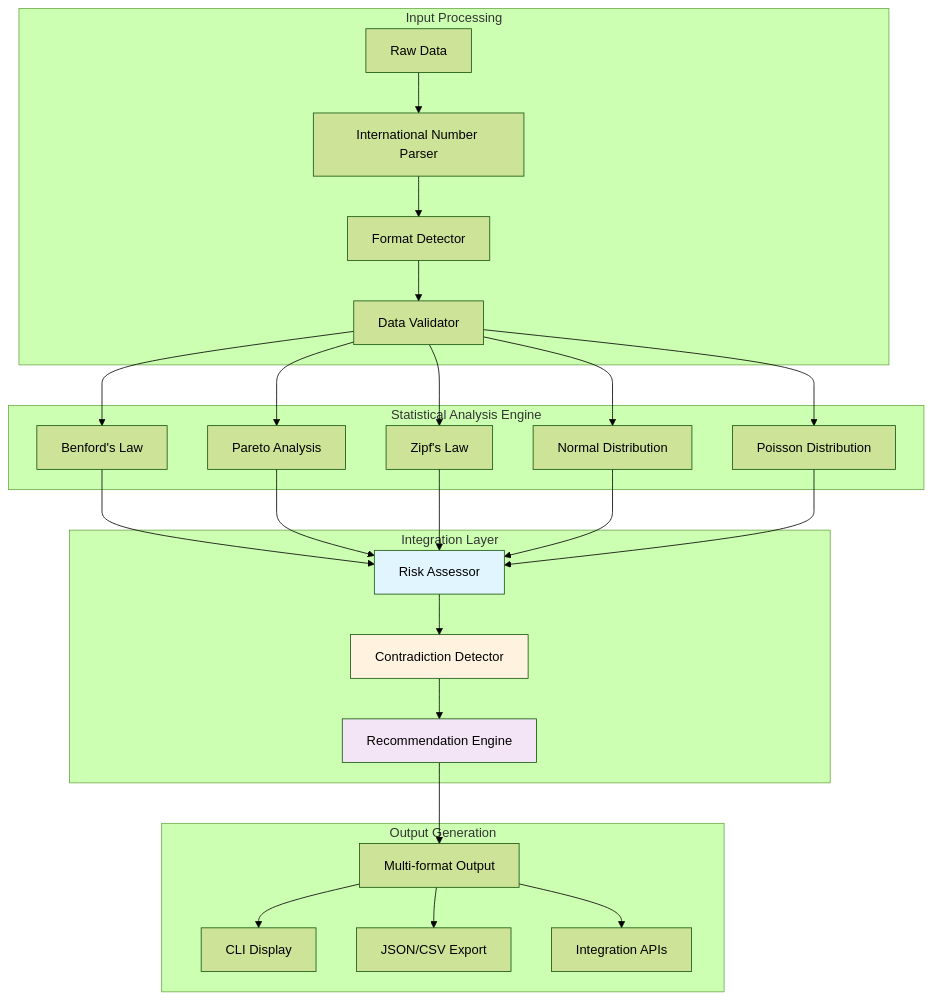
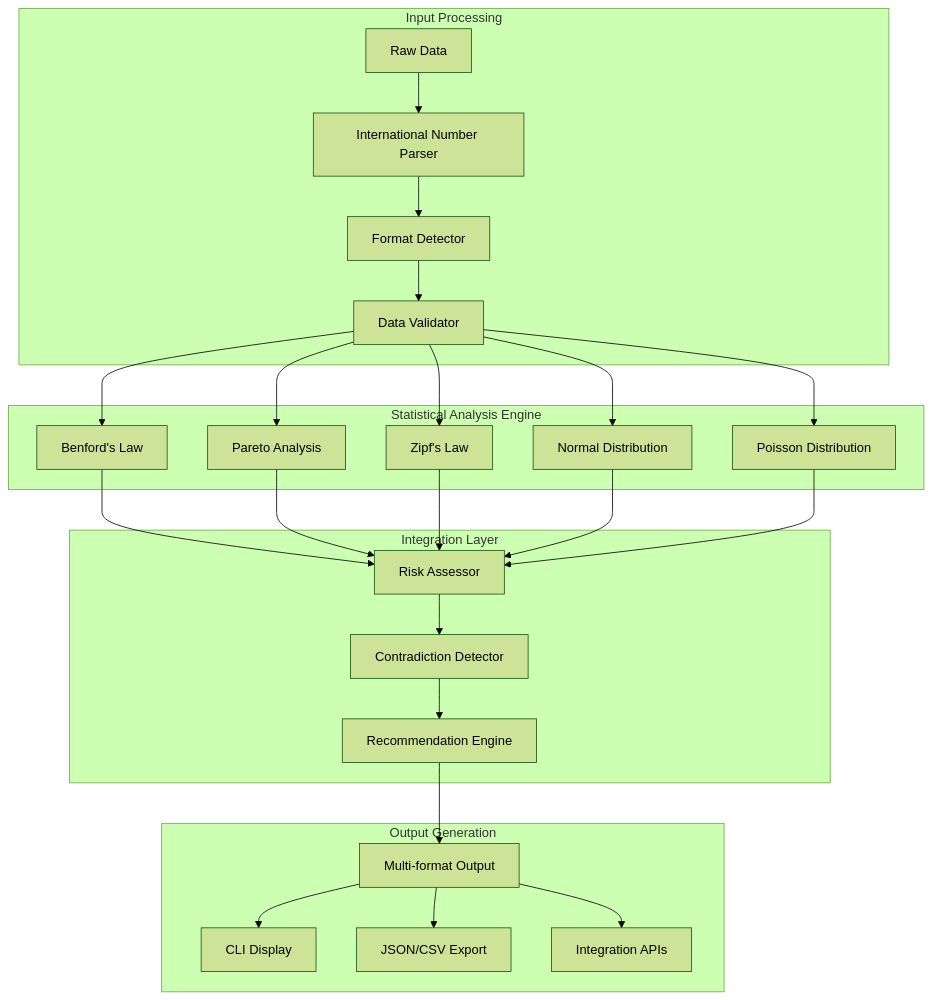
One commit to kako-jun/lawkit changed the first of 2 diagrams in README.md. Above: the diagram before and after it, drawn with Mermaid (forest theme). The commit also changed other lines of this file and 3 other files, not shown here.

First line of the commit message:
fix: remove explicit color styling from mermaid diagrams for dark theme compatibility

````diff
--- a/README.md
+++ b/README.md
@@ -64,37 +64,34 @@
 ```mermaid
 graph TB
     subgraph "Input Processing"
         A[Raw Data] --> B[International Number Parser]
         B --> C[Format Detector]
         C --> D[Data Validator]
     end
     
     subgraph "Statistical Analysis Engine"
         D --> E[Benford's Law]
         D --> F[Pareto Analysis]
         D --> G[Zipf's Law]
         D --> H[Normal Distribution]
         D --> I[Poisson Distribution]
     end
     
     subgraph "Integration Layer"
         E --> J[Risk Assessor]
         F --> J
         G --> J
         H --> J
         I --> J
         J --> K[Contradiction Detector]
         K --> L[Recommendation Engine]
     end
     
     subgraph "Output Generation"
         L --> M[Multi-format Output]
         M --> N[CLI Display]
         M --> O[JSON/CSV Export]
         M --> P[Integration APIs]
     end
     
-    style J fill:#e1f5fe
-    style K fill:#fff3e0
-    style L fill:#f3e5f5
 ```
````
